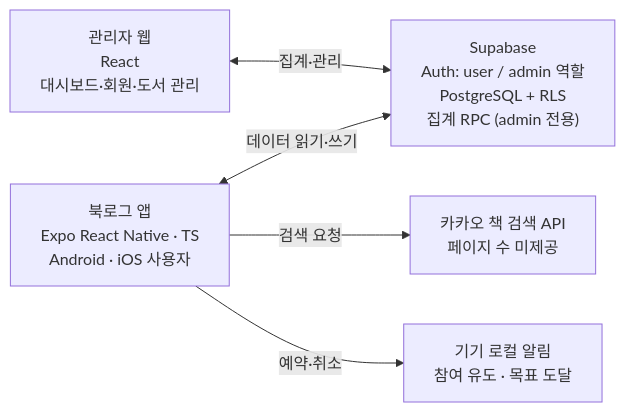
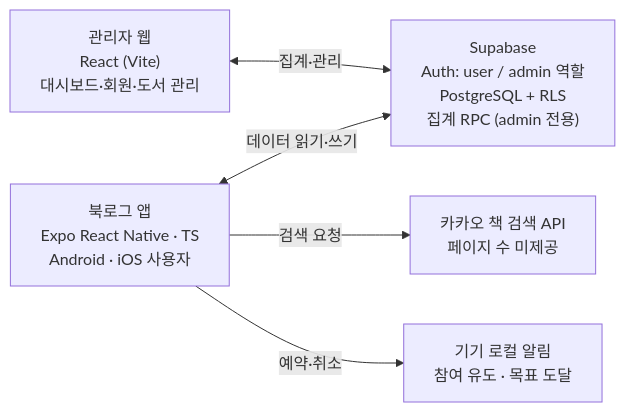
Before and after one commit to yechan-00/BookLog: the diagram in docs/PRD.md, drawn with Mermaid. The commit also changed other lines of this file, not shown here.

````diff
--- a/docs/PRD.md
+++ b/docs/PRD.md
@@ -210,12 +217,12 @@
 ```mermaid
 flowchart LR
     App["북로그 앱<br/>Expo React Native · TS<br/>Android · iOS 사용자"]
     Supa["Supabase<br/>Auth: user / admin 역할<br/>PostgreSQL + RLS<br/>집계 RPC (admin 전용)"]
-    Admin["관리자 웹<br/>React<br/>대시보드·회원·도서 관리"]
+    Admin["관리자 웹<br/>React (Vite)<br/>대시보드·회원·도서 관리"]
     Kakao["카카오 책 검색 API<br/>페이지 수 미제공"]
     Noti["기기 로컬 알림<br/>참여 유도 · 목표 도달"]
     App <-- 데이터 읽기·쓰기 --> Supa
     Admin <-- 집계·관리 --> Supa
     App -- 검색 요청 --> Kakao
     App -- 예약·취소 --> Noti
 ```
````
